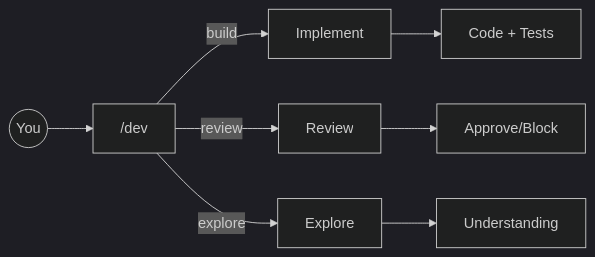
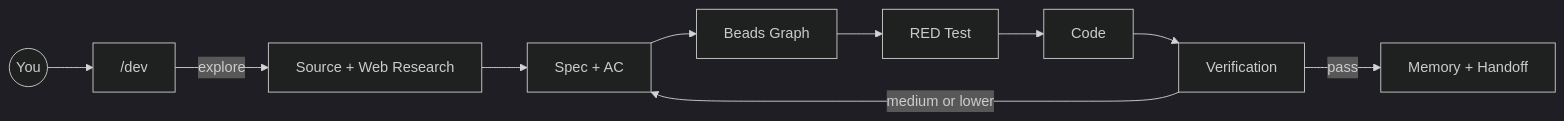
One commit to bioinfornatics/agentic-devlopment changed the first of 3 diagrams in README.md. Above: the diagram before and after it, drawn with Mermaid (dark theme). The commit also changed other lines of this file and 9 other files, not shown here.

Commit message:
docs: clarify why and dev SDD explore loop

````diff
--- a/README.md
+++ b/README.md
@@ -5,11 +19,12 @@
 ```mermaid
 flowchart LR
     YOU((You)) --> DEV["/dev"]
-    DEV --> |"build"| BUILD[Implement]
-    DEV --> |"review"| CHECK[Review]
-    DEV --> |"explore"| EXPLORE[Explore]
-    
-    BUILD --> CODE["Code + Tests"]
-    CHECK --> VERDICT["Approve/Block"]
-    EXPLORE --> INSIGHT["Understanding"]
+    DEV --> |"explore"| EXPLORE["Source + Web Research"]
+    EXPLORE --> SPEC["Spec + AC"]
+    SPEC --> BEAD["Beads Graph"]
+    BEAD --> TEST["RED Test"]
+    TEST --> CODE["Code"]
+    CODE --> VERIFY["Verification"]
+    VERIFY --> |"medium or lower"| SPEC
+    VERIFY --> |"pass"| MEMORY["Memory + Handoff"]
 ```
````
